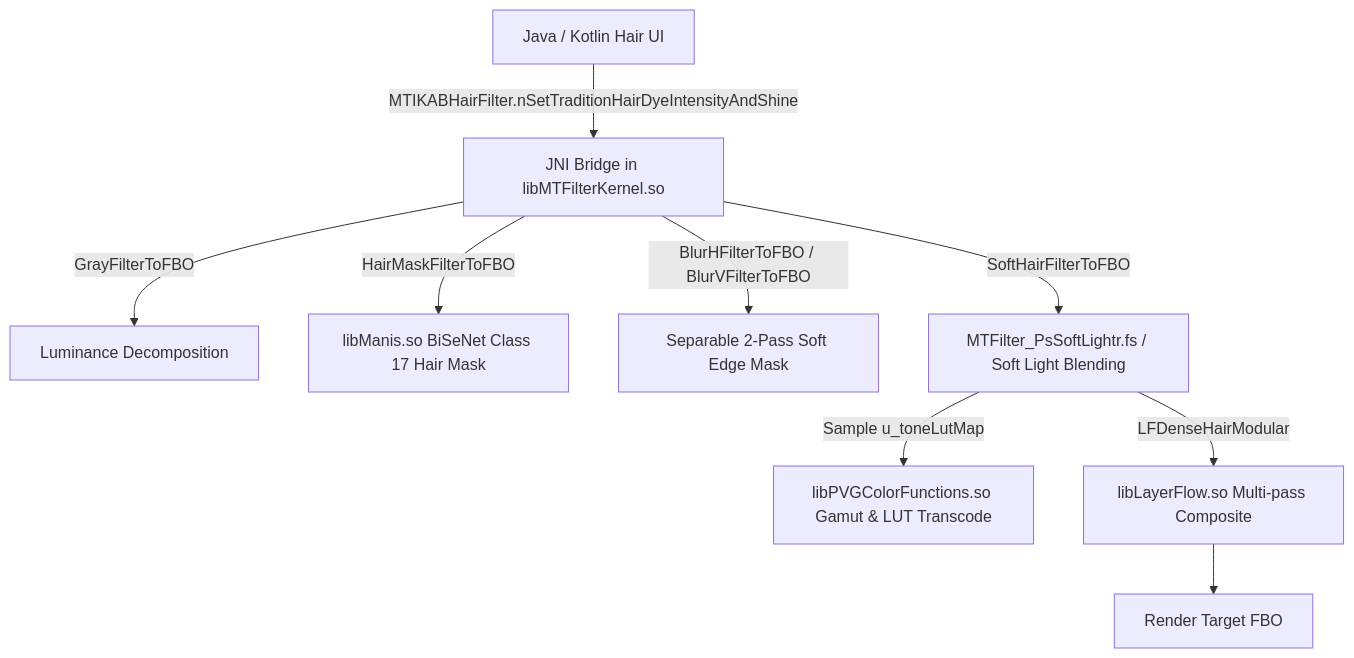
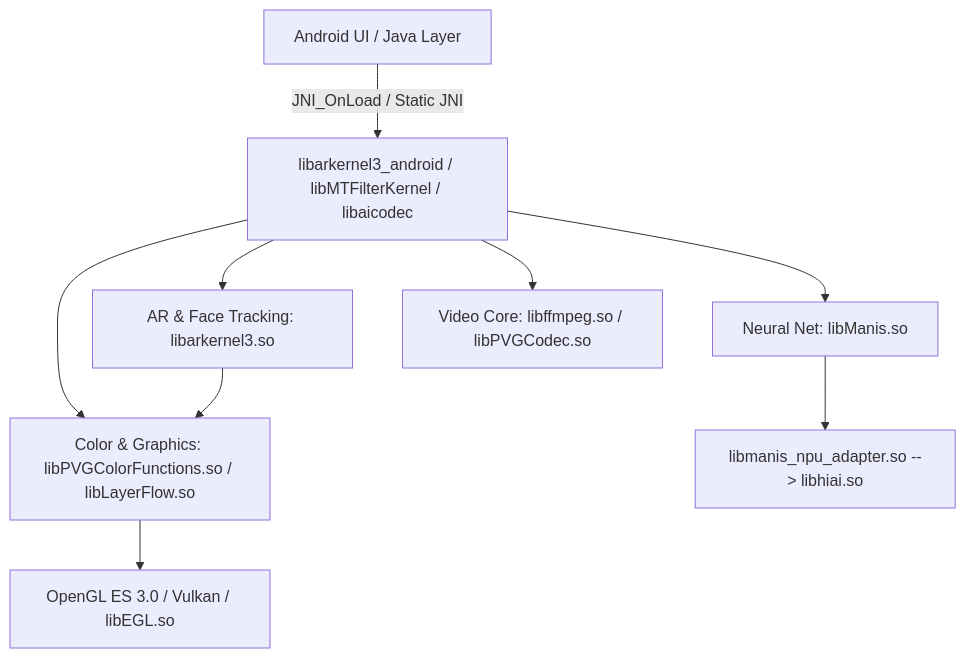
Before and after one commit to netvietsoft/AI-Studio-convert2: the diagram in .ai/reports/TASK_044_VENDOR_45_SO_EXHAUSTIVE_NATIVE_RECONSTRUCTION_AND_ALGORITHM_AUDIT/08_CALLGRAPH_SUBSYSTEM_MAP.md, drawn with Mermaid. The commit also changed other lines of this file and 415 other files, not shown here.

````diff
--- a/.ai/reports/TASK_044_VENDOR_45_SO_EXHAUSTIVE_NATIVE_RECONSTRUCTION_AND_ALGORITHM_AUDIT/08_CALLGRAPH_SUBSYSTEM_MAP.md
+++ b/.ai/reports/TASK_044_VENDOR_45_SO_EXHAUSTIVE_NATIVE_RECONSTRUCTION_AND_ALGORITHM_AUDIT/08_CALLGRAPH_SUBSYSTEM_MAP.md
@@ -72,11 +38,11 @@
 ```mermaid
 flowchart TD
-    UI[Java / Kotlin Hair UI] -->|MTIKABHairFilter.nSetTraditionHairDyeIntensityAndShine| JNI[JNI Bridge in libMTFilterKernel.so]
-    JNI -->|GrayFilterToFBO| GRAY[Luminance Decomposition]
-    JNI -->|HairMaskFilterToFBO| MASK[libManis.so BiSeNet Class 17 Hair Mask]
-    JNI -->|BlurHFilterToFBO / BlurVFilterToFBO| BLUR[Separable 2-Pass Soft Edge Mask]
-    JNI -->|SoftHairFilterToFBO| SHADER[MTFilter_PsSoftLightr.fs / Soft Light Blending]
-    SHADER -->|Sample u_toneLutMap| LUT[libPVGColorFunctions.so Gamut & LUT Transcode]
-    SHADER -->|LFDenseHairModular| LF[libLayerFlow.so Multi-pass Composite]
-    LF --> FBO[Render Target FBO]
+    UI[Android UI / Java Layer] -->|JNI_OnLoad / Static JNI| JNI_HUB[libarkernel3_android / libMTFilterKernel / libaicodec]
+    JNI_HUB --> AR[AR & Face Tracking: libarkernel3.so]
+    JNI_HUB --> COLOR[Color & Graphics: libPVGColorFunctions.so / libLayerFlow.so]
+    JNI_HUB --> AI[Neural Net: libManis.so]
+    JNI_HUB --> MEDIA[Video Core: libffmpeg.so / libPVGCodec.so]
+    AI --> NPU[libmanis_npu_adapter.so --> libhiai.so]
+    COLOR --> GL[OpenGL ES 3.0 / Vulkan / libEGL.so]
+    AR --> COLOR
 ```
````
